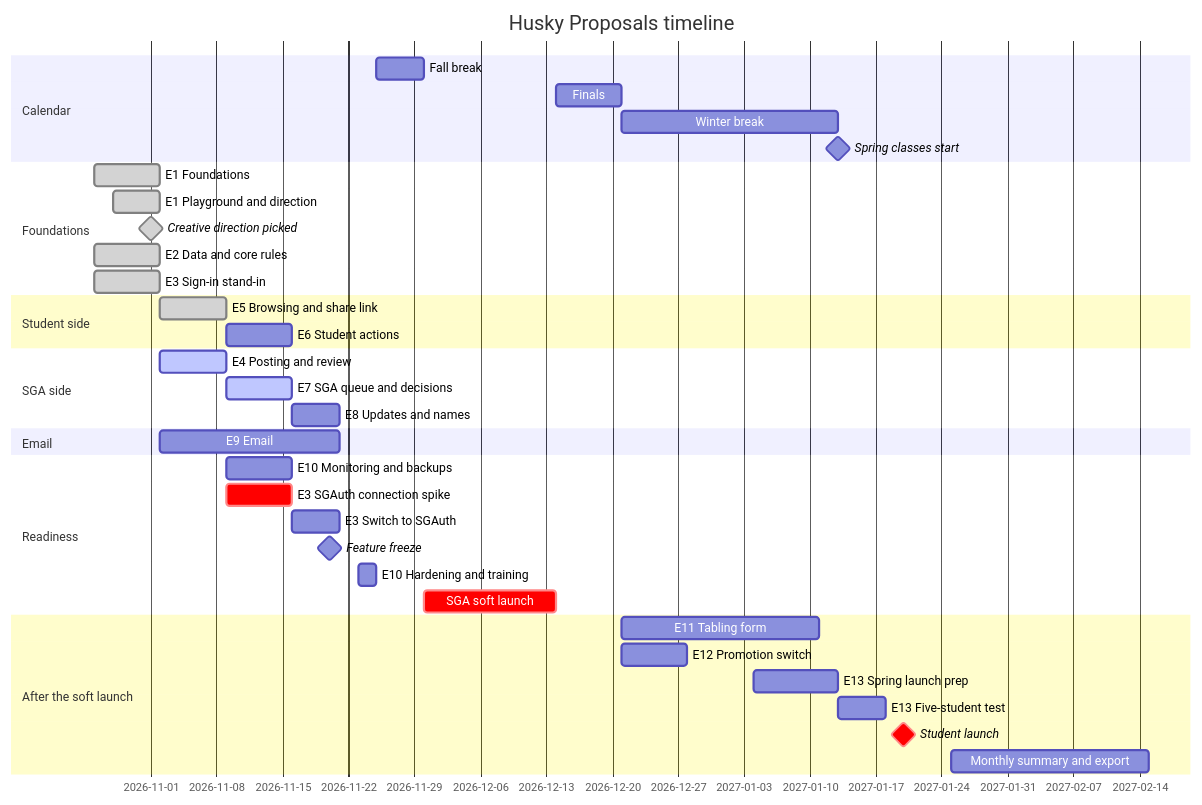
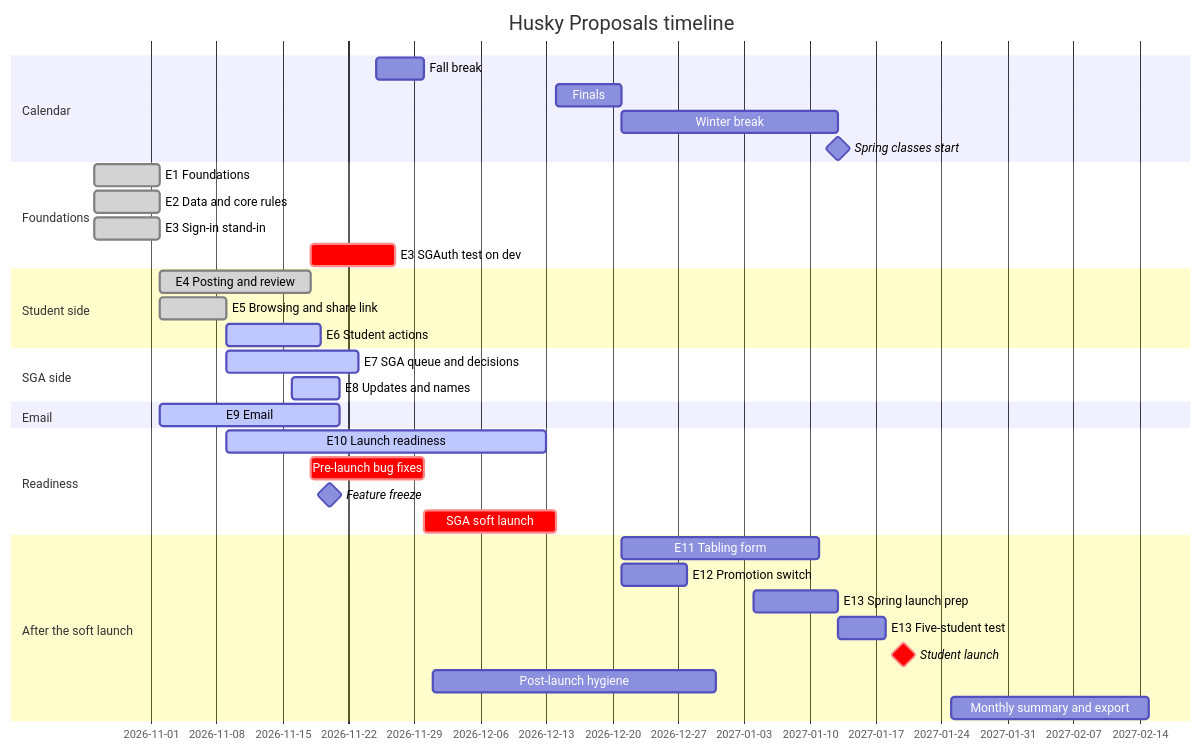
The diagram in docs/timeline.md (SGAOperationalAffairs/husky-proposals), drawn with Mermaid before and after one commit. The commit also changed other lines of this file, not shown here.

Commit message:
#22 update the timeline to November 18

````diff
--- a/docs/timeline.md
+++ b/docs/timeline.md
@@ -17,39 +17,37 @@
 ```mermaid
 gantt
     title Husky Proposals timeline
     dateFormat YYYY-MM-DD
     section Calendar
     Fall break                    :2026-11-25, 5d
     Finals                        :2026-12-14, 7d
     Winter break                  :2026-12-21, 23d
     Spring classes start          :milestone, 2027-01-13, 0d
     section Foundations
     E1 Foundations                :done, e1, 2026-10-26, 7d
-    E1 Playground and direction   :done, e1p, 2026-10-28, 5d
-    Creative direction picked     :milestone, done, 2026-11-01, 0d
     E2 Data and core rules        :done, e2, 2026-10-26, 7d
     E3 Sign-in stand-in           :done, e3a, 2026-10-26, 7d
+    E3 SGAuth test on dev         :crit, e3t, 2026-11-18, 9d
     section Student side
+    E4 Posting and review         :done, e4, 2026-11-02, 16d
     E5 Browsing and share link    :done, e5, 2026-11-02, 7d
-    E6 Student actions            :e6, 2026-11-09, 7d
+    E6 Student actions            :active, e6, 2026-11-09, 10d
     section SGA side
-    E4 Posting and review         :active, e4, 2026-11-02, 7d
-    E7 SGA queue and decisions    :active, e7, 2026-11-09, 7d
-    E8 Updates and names          :e8, 2026-11-16, 5d
+    E7 SGA queue and decisions    :active, e7, 2026-11-09, 14d
+    E8 Updates and names          :active, e8, 2026-11-16, 5d
     section Email
-    E9 Email                      :e9, 2026-11-02, 19d
+    E9 Email                      :active, e9, 2026-11-02, 19d
     section Readiness
-    E10 Monitoring and backups    :e10a, 2026-11-09, 7d
-    E3 SGAuth connection spike    :crit, e3s, 2026-11-09, 7d
-    E3 Switch to SGAuth           :e3b, 2026-11-16, 5d
+    E10 Launch readiness          :active, e10, 2026-11-09, 34d
+    Pre-launch bug fixes          :crit, bugs, 2026-11-18, 12d
     Feature freeze                :milestone, 2026-11-20, 0d
-    E10 Hardening and training    :e10c, 2026-11-23, 2d
     SGA soft launch               :crit, soft, 2026-11-30, 14d
     section After the soft launch
     E11 Tabling form              :e11, 2026-12-21, 21d
     E12 Promotion switch          :e12, 2026-12-21, 7d
     E13 Spring launch prep        :e13, 2027-01-04, 9d
     E13 Five-student test         :e13t, 2027-01-13, 5d
     Student launch                :milestone, crit, 2027-01-20, 0d
+    Post-launch hygiene           :hyg, 2026-12-01, 30d
     Monthly summary and export    :2027-01-25, 21d
 ```
````
